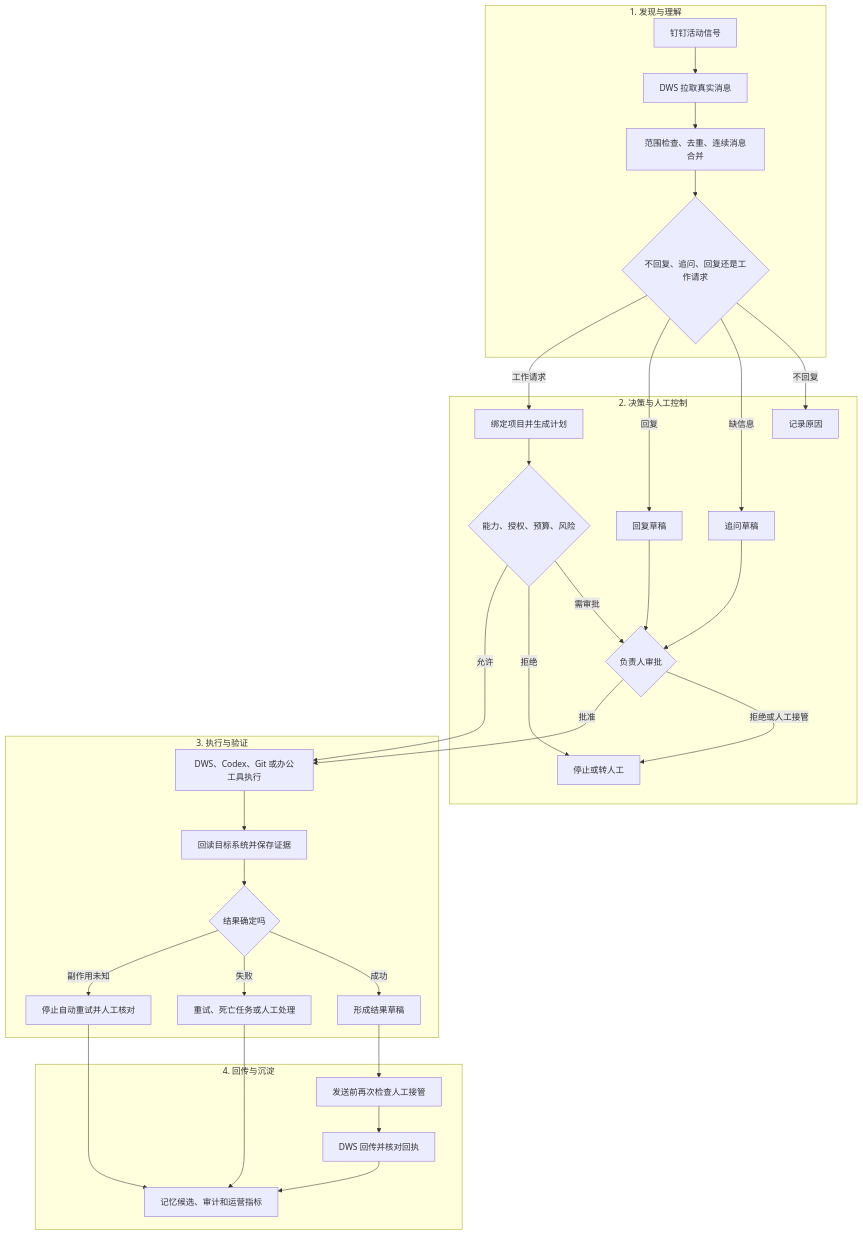
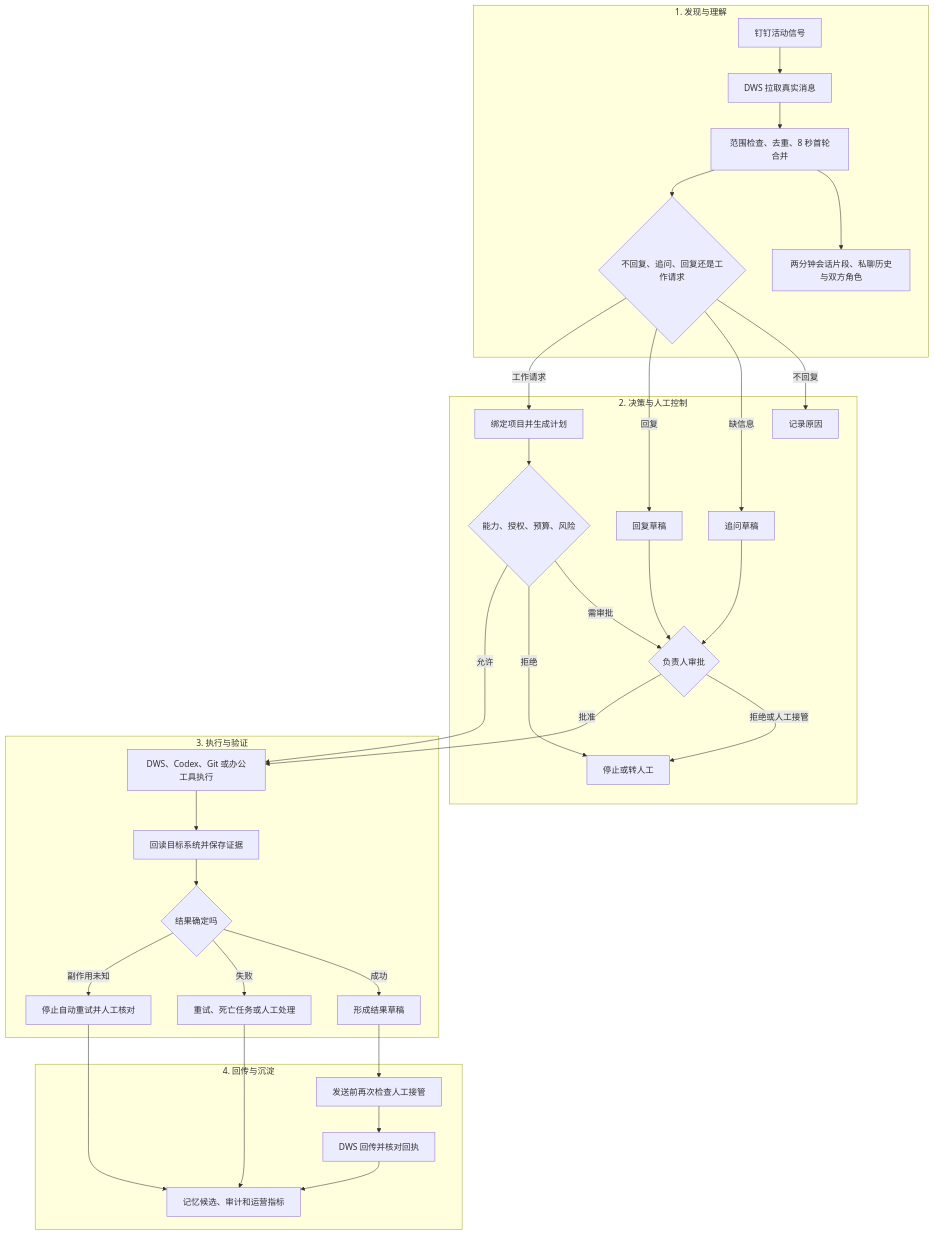
Before and after one commit to ruiwang20010702/ai-employee: the first of 3 diagrams in docs/设计总览.md, drawn with Mermaid. The commit also changed 24 other files, not shown here.

````diff
--- a/docs/设计总览.md
+++ b/docs/设计总览.md
@@ -19,39 +19,40 @@
 ```mermaid
 flowchart TD
     subgraph P1["1. 发现与理解"]
         A["钉钉活动信号"] --> B["DWS 拉取真实消息"]
-        B --> C["范围检查、去重、连续消息合并"]
+        B --> C["范围检查、去重、8 秒首轮合并"]
+        C --> C1["两分钟会话片段、私聊历史与双方角色"]
         C --> D{"不回复、追问、回复还是工作请求"}
     end
 
     subgraph P2["2. 决策与人工控制"]
         D -->|"不回复"| E["记录原因"]
         D -->|"缺信息"| F["追问草稿"]
         D -->|"回复"| G["回复草稿"]
         D -->|"工作请求"| H["绑定项目并生成计划"]
         F --> I{"负责人审批"}
         G --> I
         H --> J{"能力、授权、预算、风险"}
         J -->|"需审批"| I
         J -->|"拒绝"| K["停止或转人工"]
         I -->|"拒绝或人工接管"| K
     end
 
     subgraph P3["3. 执行与验证"]
         I -->|"批准"| L["DWS、Codex、Git 或办公工具执行"]
         J -->|"允许"| L
         L --> M["回读目标系统并保存证据"]
         M --> N{"结果确定吗"}
         N -->|"成功"| O["形成结果草稿"]
         N -->|"失败"| P["重试、死亡任务或人工处理"]
         N -->|"副作用未知"| Q["停止自动重试并人工核对"]
     end
 
     subgraph P4["4. 回传与沉淀"]
         O --> R["发送前再次检查人工接管"]
         R --> S["DWS 回传并核对回执"]
         S --> T["记忆候选、审计和运营指标"]
         P --> T
         Q --> T
     end
 ```
````
